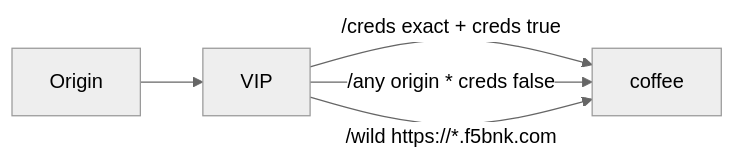
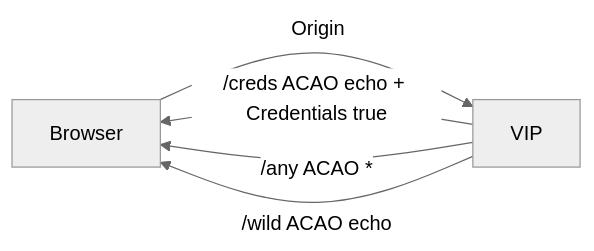
The diagram in HTTP_Routing/2.30_HTTPCORS_OriginsCredentials/README.md (mink0119/2609_f5bnk), drawn with Mermaid (neutral theme) before and after one commit. The commit also changed other lines of this file and 21 other files, not shown here.

````diff
--- a/HTTP_Routing/2.30_HTTPCORS_OriginsCredentials/README.md
+++ b/HTTP_Routing/2.30_HTTPCORS_OriginsCredentials/README.md
@@ -8,7 +8,7 @@
 ```mermaid
 flowchart LR
-  C[Origin] --> VIP[VIP]
-  VIP -->|/creds exact + creds true| P[coffee]
-  VIP -->|/any origin * creds false| P
-  VIP -->|/wild https://*.f5bnk.com| P
+  B[Browser] -->|"Origin"| VIP[VIP]
+  VIP -->|"/creds ACAO echo + Credentials true"| B
+  VIP -->|"/any ACAO *"| B
+  VIP -->|"/wild ACAO echo"| B
 ```
````
